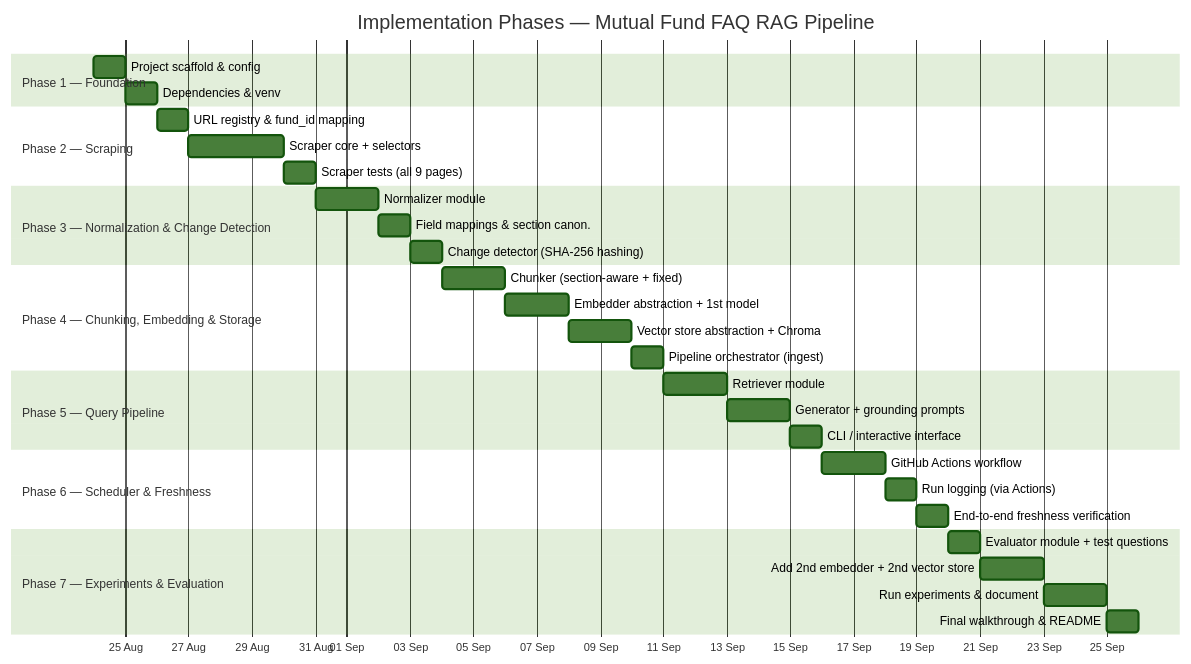
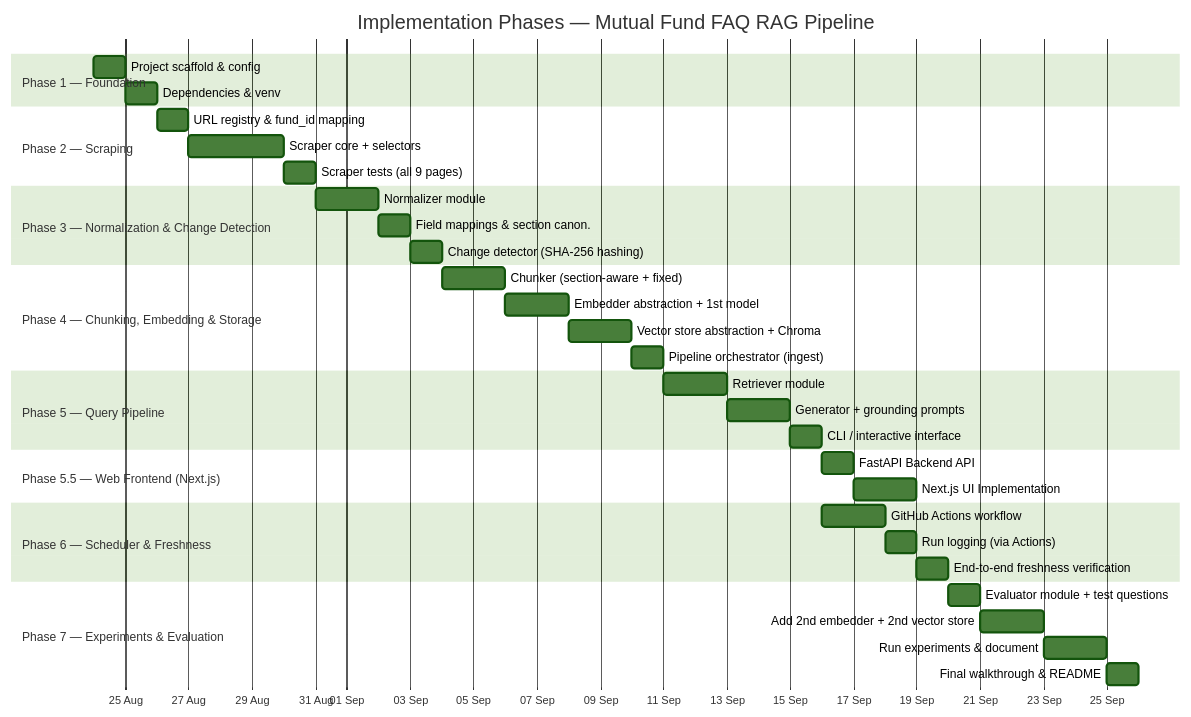
Before and after one commit to Pranjalian/RAG_UC: the diagram in docs/Implementation-Plan.md, drawn with Mermaid (forest theme). The commit also changed other lines of this file and 57 other files, not shown here.

````diff
--- a/docs/Implementation-Plan.md
+++ b/docs/Implementation-Plan.md
@@ -14,42 +14,46 @@
 ```mermaid
 gantt
     title Implementation Phases — Mutual Fund FAQ RAG Pipeline
     dateFormat  YYYY-MM-DD
     axisFormat  %d %b
 
     section Phase 1 — Foundation
     Project scaffold & config           :p1a, 2026-08-24, 1d
     Dependencies & venv                 :p1b, after p1a, 1d
 
     section Phase 2 — Scraping
     URL registry & fund_id mapping      :p2a, after p1b, 1d
     Scraper core + selectors            :p2b, after p2a, 3d
     Scraper tests (all 9 pages)         :p2c, after p2b, 1d
 
     section Phase 3 — Normalization & Change Detection
     Normalizer module                   :p3a, after p2c, 2d
     Field mappings & section canon.     :p3b, after p3a, 1d
     Change detector (SHA-256 hashing)   :p3c, after p3b, 1d
 
     section Phase 4 — Chunking, Embedding & Storage
     Chunker (section-aware + fixed)     :p4a, after p3c, 2d
     Embedder abstraction + 1st model    :p4b, after p4a, 2d
     Vector store abstraction + Chroma   :p4c, after p4b, 2d
     Pipeline orchestrator (ingest)      :p4d, after p4c, 1d
 
     section Phase 5 — Query Pipeline
     Retriever module                    :p5a, after p4d, 2d
     Generator + grounding prompts       :p5b, after p5a, 2d
     CLI / interactive interface         :p5c, after p5b, 1d
 
+    section Phase 5.5 — Web Frontend (Next.js)
+    FastAPI Backend API                 :p5_5a, after p5c, 1d
+    Next.js UI Implementation           :p5_5b, after p5_5a, 2d
+
     section Phase 6 — Scheduler & Freshness
     GitHub Actions workflow             :p6a, after p5c, 2d
     Run logging (via Actions)           :p6b, after p6a, 1d
     End-to-end freshness verification   :p6c, after p6b, 1d
 
     section Phase 7 — Experiments & Evaluation
     Evaluator module + test questions   :p7a, after p6c, 1d
     Add 2nd embedder + 2nd vector store :p7b, after p7a, 2d
     Run experiments & document          :p7c, after p7b, 2d
     Final walkthrough & README          :p7d, after p7c, 1d
 ```
````
